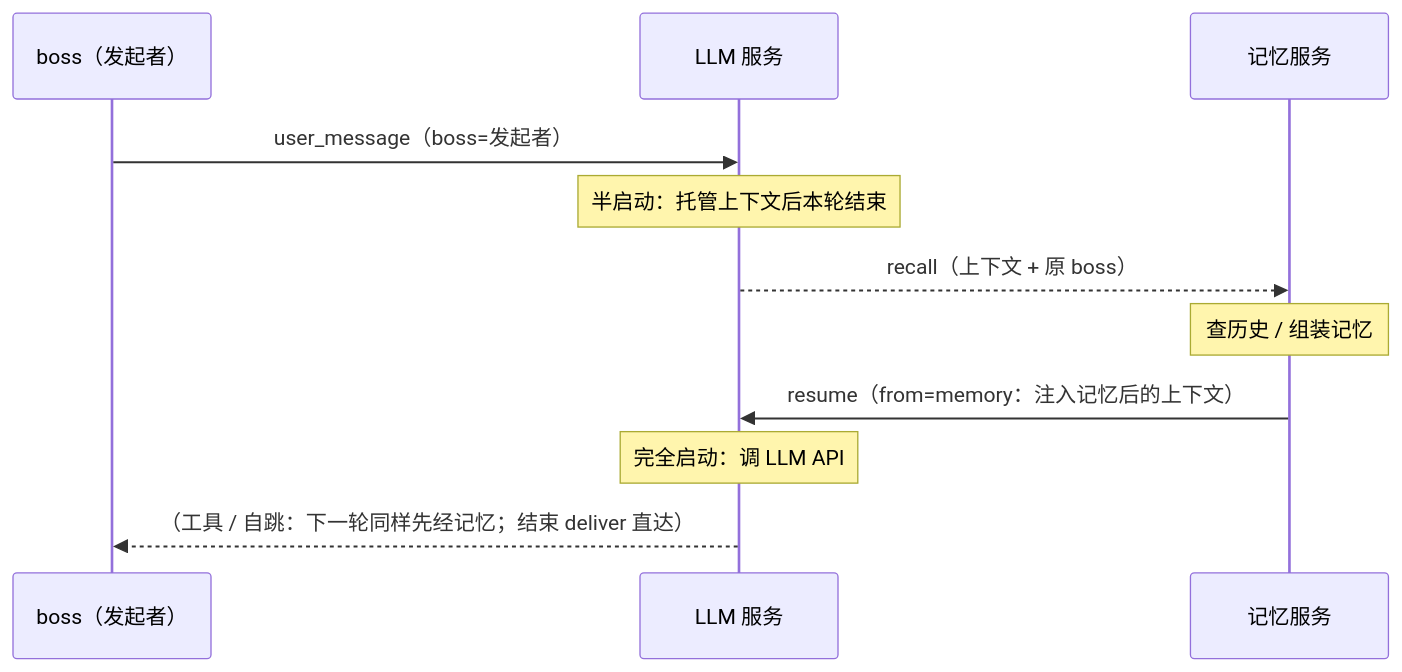
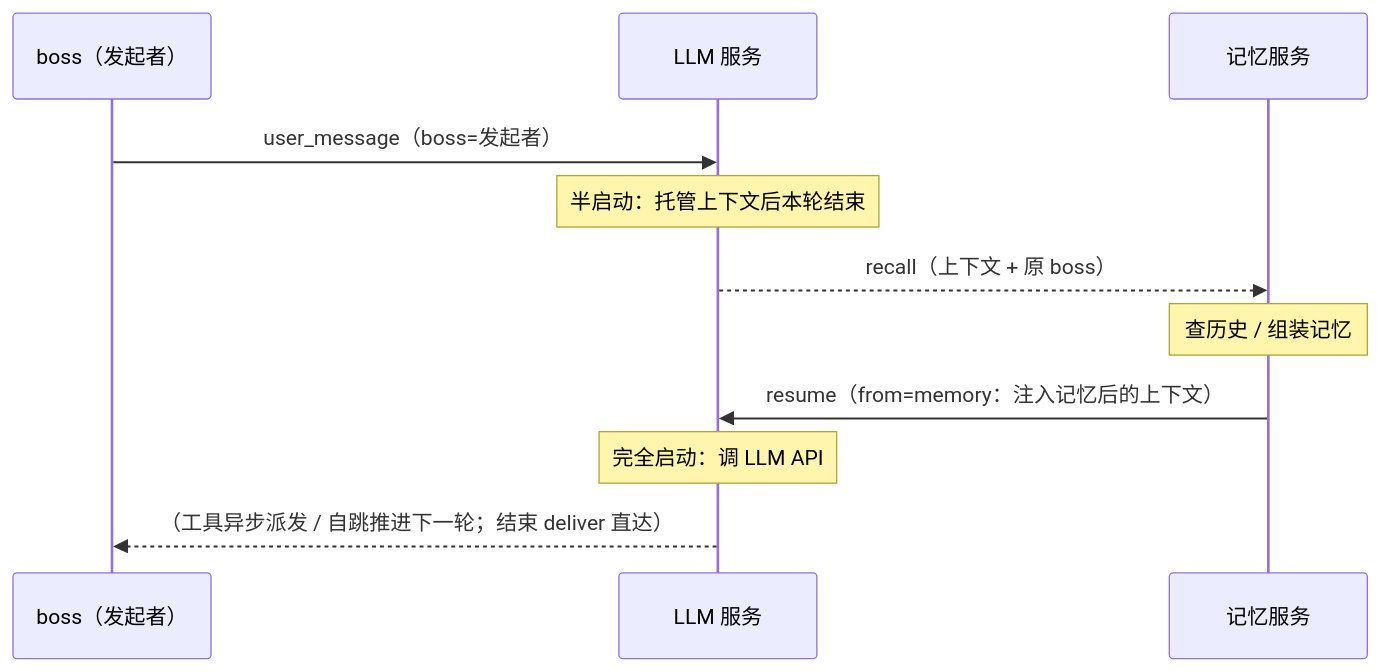
The third of 3 diagrams in DESIGN.md (QAQ-awa-QAQ/sump), drawn with Mermaid before and after one commit. The commit also changed other lines of this file and 2 other files, not shown here.

````diff
--- a/DESIGN.md
+++ b/DESIGN.md
@@ -86,13 +87,13 @@
 ```mermaid
 sequenceDiagram
     participant B as boss（发起者）
     participant L as LLM 服务
     participant M as 记忆服务
     B->>L: user_message（boss=发起者）
     Note over L: 半启动：托管上下文后本轮结束
     L-->>M: recall（上下文 + 原 boss）
     Note over M: 查历史 / 组装记忆
     M->>L: resume（from=memory：注入记忆后的上下文）
     Note over L: 完全启动：调 LLM API
-    L-->>B: （工具 / 自跳：下一轮同样先经记忆；结束 deliver 直达）
+    L-->>B: （工具异步派发 / 自跳推进下一轮；结束 deliver 直达）
 ```
````
